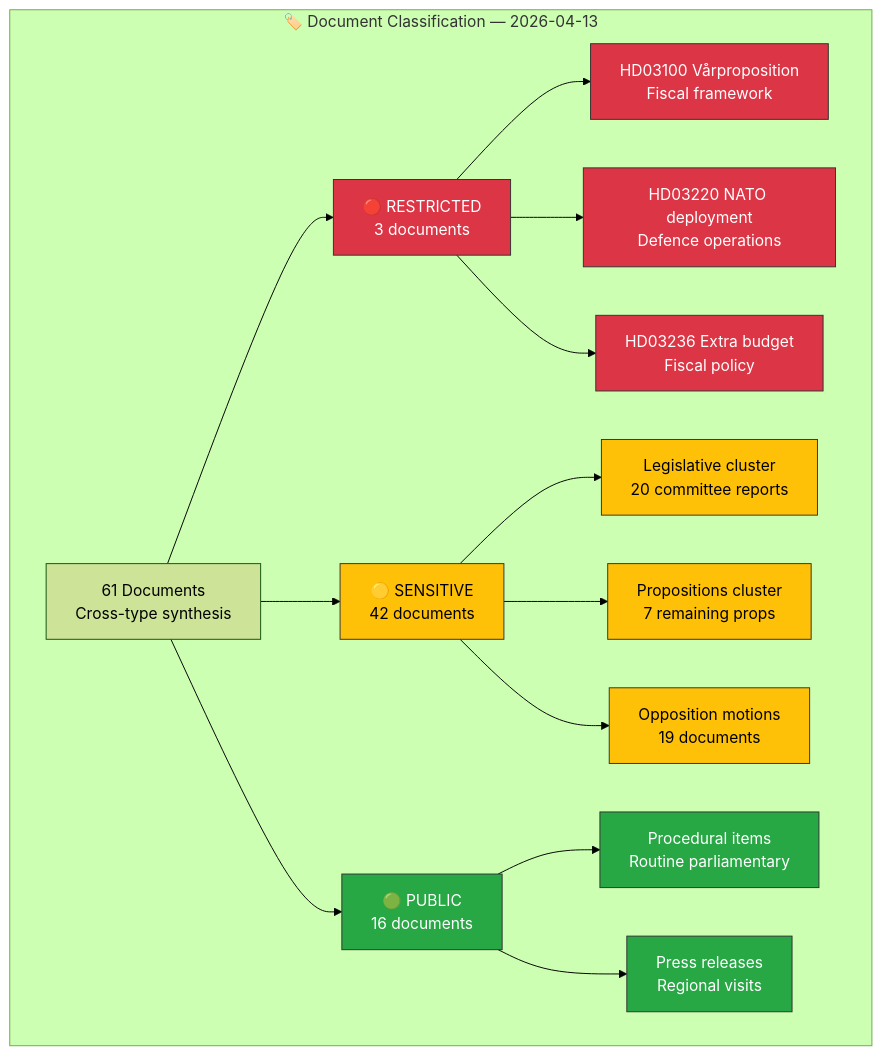
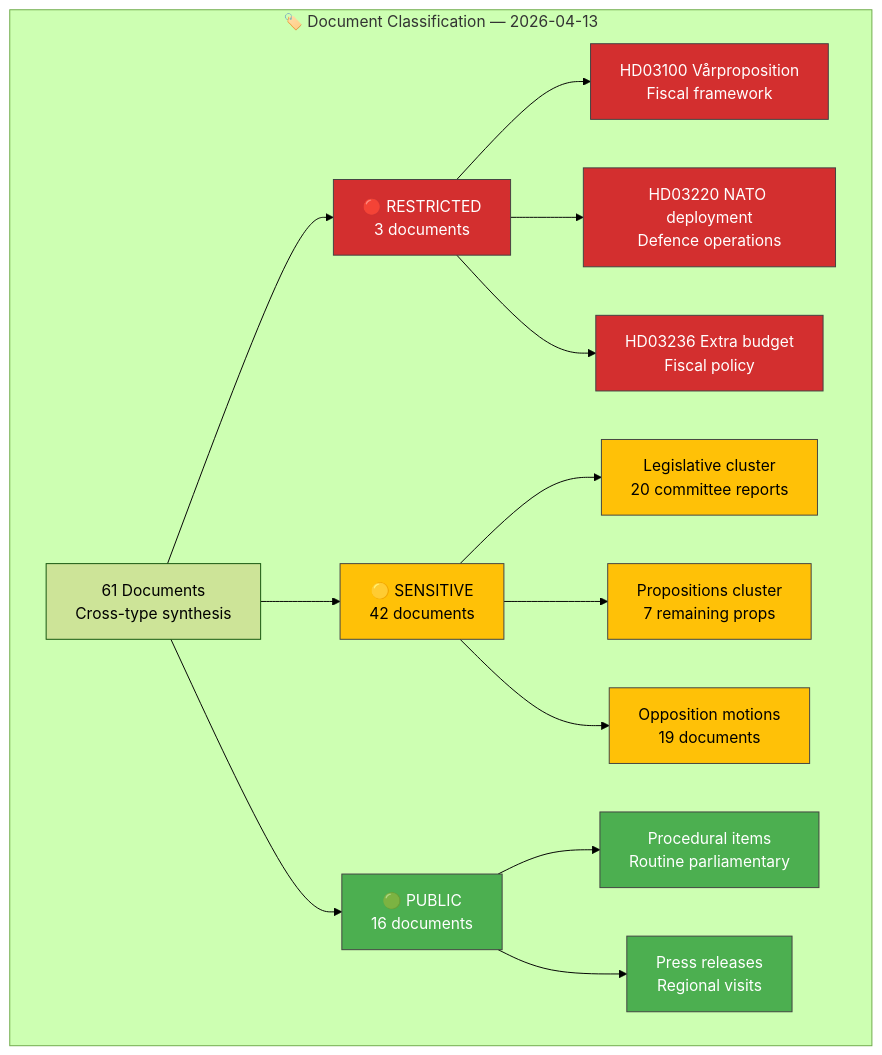
One commit to Hack23/riksdagsmonitor changed the diagram in analysis/daily/2026-04-13/evening-analysis-2/classification-results.md. Above: the diagram before and after it, drawn with Mermaid (forest theme). The commit also changed 785 other files, not shown here.

First line of the commit message:
Normalize mermaid colors across 786 analysis artifacts to ISMS Style Guide palette

````diff
--- a/analysis/daily/2026-04-13/evening-analysis-2/classification-results.md
+++ b/analysis/daily/2026-04-13/evening-analysis-2/classification-results.md
@@ -16,28 +16,28 @@
 ```mermaid
 graph TD
     subgraph "🏷️ Document Classification — 2026-04-13"
         START["61 Documents<br/>Cross-type synthesis"]
         START --> R["🔴 RESTRICTED<br/>3 documents"]
         START --> S["🟡 SENSITIVE<br/>42 documents"]
         START --> P["🟢 PUBLIC<br/>16 documents"]
         R --> R1["HD03100 Vårproposition<br/>Fiscal framework"]
         R --> R2["HD03220 NATO deployment<br/>Defence operations"]
         R --> R3["HD03236 Extra budget<br/>Fiscal policy"]
         S --> S1["Legislative cluster<br/>20 committee reports"]
         S --> S2["Propositions cluster<br/>7 remaining props"]
         S --> S3["Opposition motions<br/>19 documents"]
         P --> P1["Procedural items<br/>Routine parliamentary"]
         P --> P2["Press releases<br/>Regional visits"]
     end
-    style R fill:#dc3545,stroke:#333,color:#fff
-    style S fill:#ffc107,stroke:#333,color:#000
-    style P fill:#28a745,stroke:#333,color:#fff
-    style R1 fill:#dc3545,stroke:#333,color:#fff
-    style R2 fill:#dc3545,stroke:#333,color:#fff
-    style R3 fill:#dc3545,stroke:#333,color:#fff
-    style S1 fill:#ffc107,stroke:#333,color:#000
-    style S2 fill:#ffc107,stroke:#333,color:#000
-    style S3 fill:#ffc107,stroke:#333,color:#000
-    style P1 fill:#28a745,stroke:#333,color:#fff
-    style P2 fill:#28a745,stroke:#333,color:#fff
+    style R fill:#D32F2F,stroke:#424242,color:#FFFFFF
+    style S fill:#FFC107,stroke:#424242,color:#000000
+    style P fill:#4CAF50,stroke:#424242,color:#FFFFFF
+    style R1 fill:#D32F2F,stroke:#424242,color:#FFFFFF
+    style R2 fill:#D32F2F,stroke:#424242,color:#FFFFFF
+    style R3 fill:#D32F2F,stroke:#424242,color:#FFFFFF
+    style S1 fill:#FFC107,stroke:#424242,color:#000000
+    style S2 fill:#FFC107,stroke:#424242,color:#000000
+    style S3 fill:#FFC107,stroke:#424242,color:#000000
+    style P1 fill:#4CAF50,stroke:#424242,color:#FFFFFF
+    style P2 fill:#4CAF50,stroke:#424242,color:#FFFFFF
 ```
````
